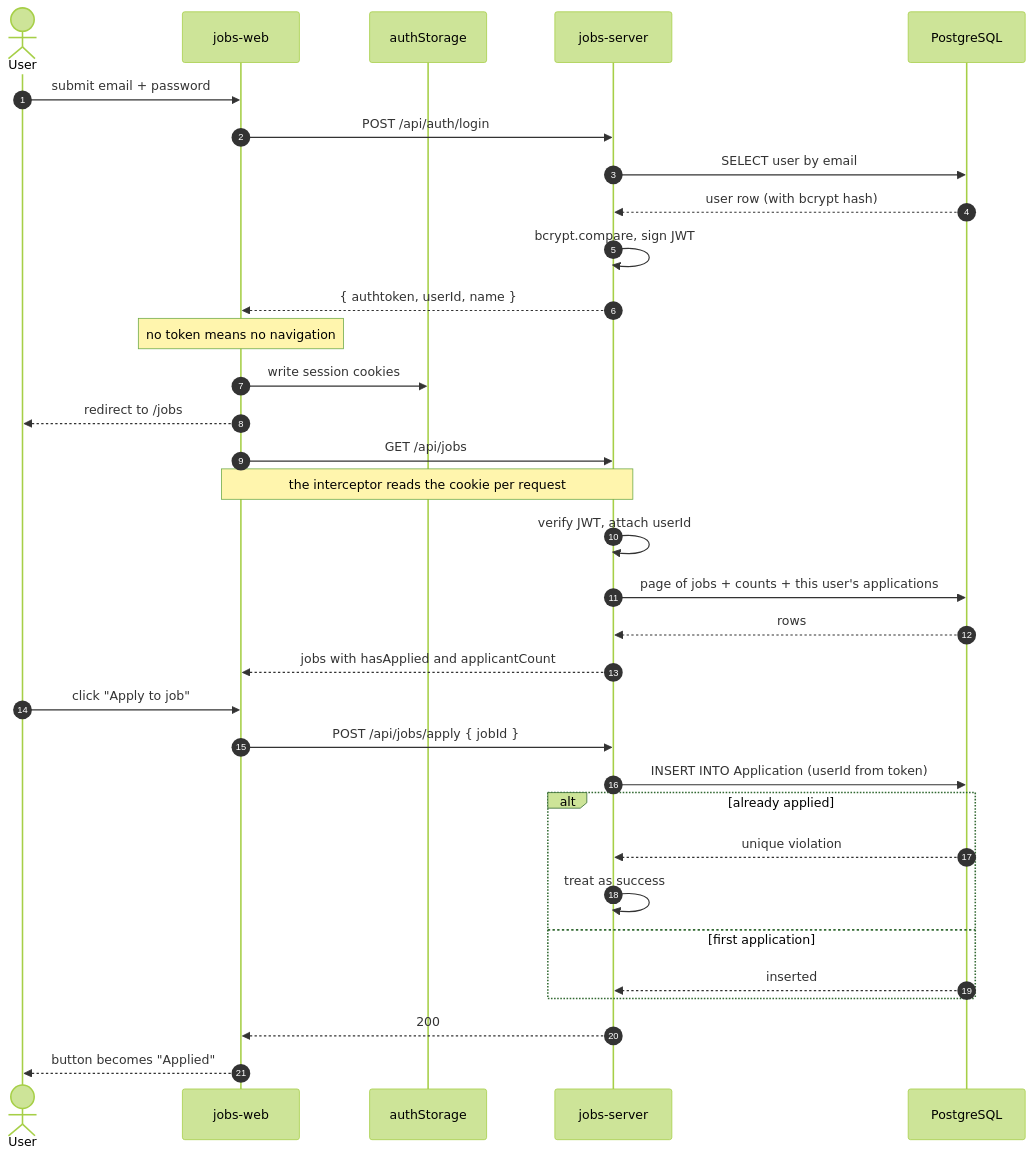
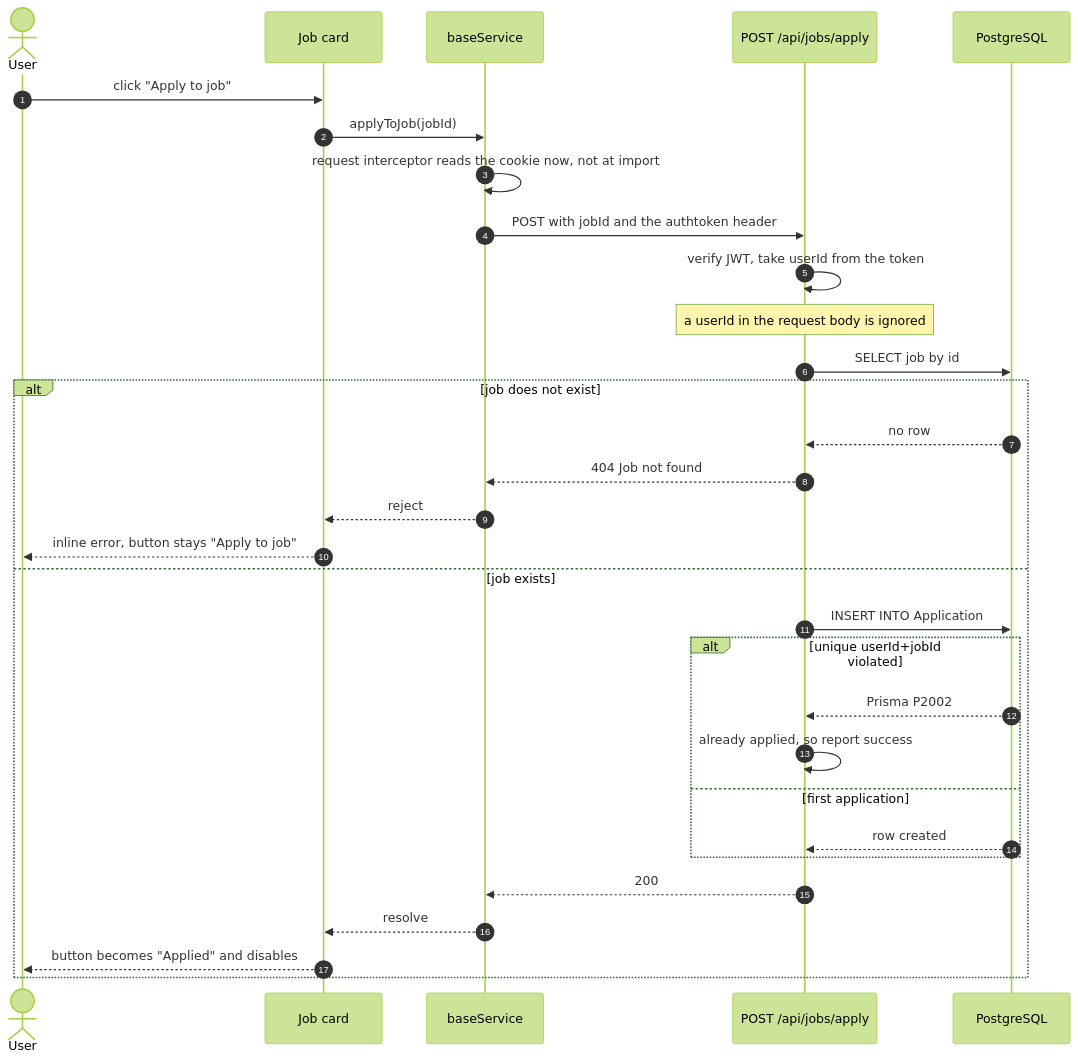
One commit to dev-mnadeem/job-board-fullstack-app changed the second of 2 diagrams in README.md. Above: the diagram before and after it, drawn with Mermaid (forest theme). The commit also changed other lines of this file, not shown here.

````diff
--- a/README.md
+++ b/README.md
@@ -73,38 +83,34 @@
 ```mermaid
 sequenceDiagram
-  autonumber
-  actor User
-  participant Web as jobs-web
-  participant Store as authStorage
-  participant API as jobs-server
-  participant DB as PostgreSQL
+    autonumber
+    actor User
+    participant Card as Job card
+    participant Axios as baseService
+    participant API as POST /api/jobs/apply
+    participant DB as PostgreSQL
 
-  User->>Web: submit email + password
-  Web->>API: POST /api/auth/login
-  API->>DB: SELECT user by email
-  DB-->>API: user row (with bcrypt hash)
-  API->>API: bcrypt.compare, sign JWT
-  API-->>Web: { authtoken, userId, name }
-  Note over Web: no token means no navigation
-  Web->>Store: write session cookies
-  Web-->>User: redirect to /jobs
-
-  Web->>API: GET /api/jobs
-  Note over Web,API: the interceptor reads the cookie per request
-  API->>API: verify JWT, attach userId
-  API->>DB: page of jobs + counts + this user's applications
-  DB-->>API: rows
-  API-->>Web: jobs with hasApplied and applicantCount
-
-  User->>Web: click "Apply to job"
-  Web->>API: POST /api/jobs/apply { jobId }
-  API->>DB: INSERT INTO Application (userId from token)
-  alt already applied
-    DB-->>API: unique violation
-    API->>API: treat as success
-  else first application
-    DB-->>API: inserted
-  end
-  API-->>Web: 200
-  Web-->>User: button becomes "Applied"
+    User->>Card: click "Apply to job"
+    Card->>Axios: applyToJob(jobId)
+    Axios->>Axios: request interceptor reads the cookie now, not at import
+    Axios->>API: POST with jobId and the authtoken header
+    API->>API: verify JWT, take userId from the token
+    Note over API: a userId in the request body is ignored
+    API->>DB: SELECT job by id
+    alt job does not exist
+        DB-->>API: no row
+        API-->>Axios: 404 Job not found
+        Axios-->>Card: reject
+        Card-->>User: inline error, button stays "Apply to job"
+    else job exists
+        API->>DB: INSERT INTO Application
+        alt unique userId+jobId violated
+            DB-->>API: Prisma P2002
+            API->>API: already applied, so report success
+        else first application
+            DB-->>API: row created
+        end
+        API-->>Axios: 200
+        Axios-->>Card: resolve
+        Card-->>User: button becomes "Applied" and disables
+    end
 ```
````
